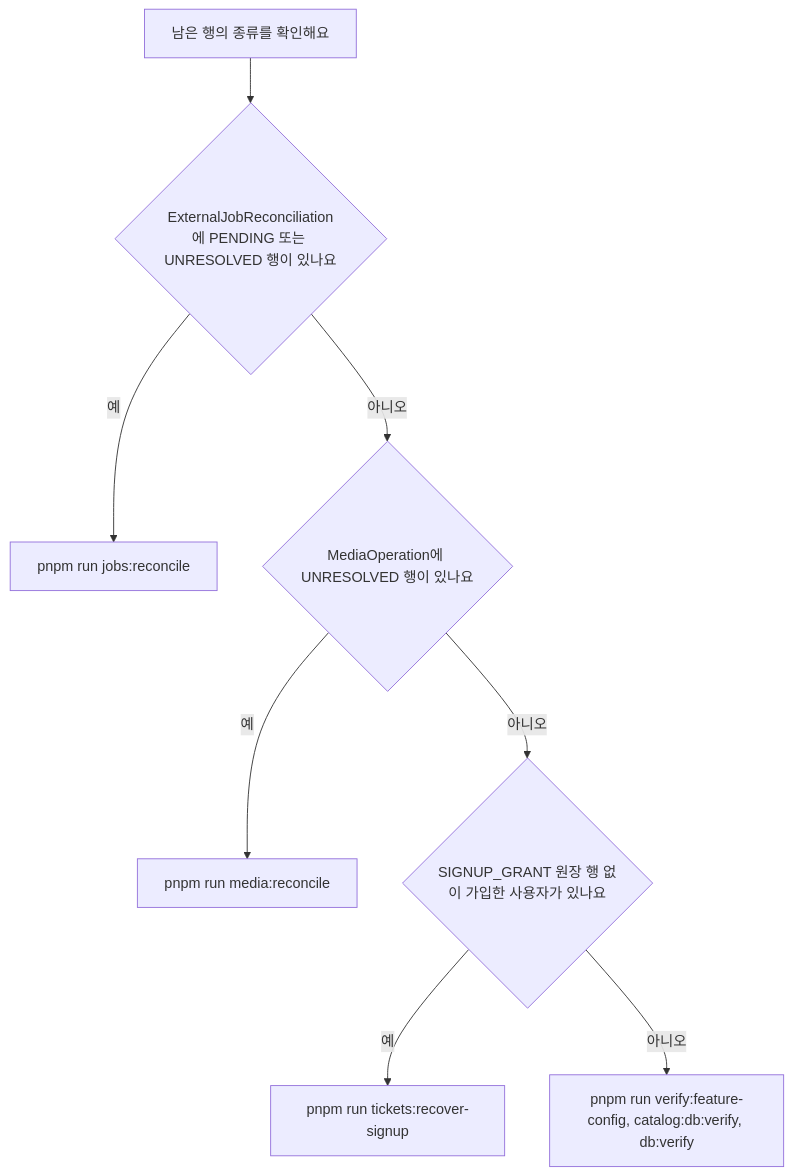
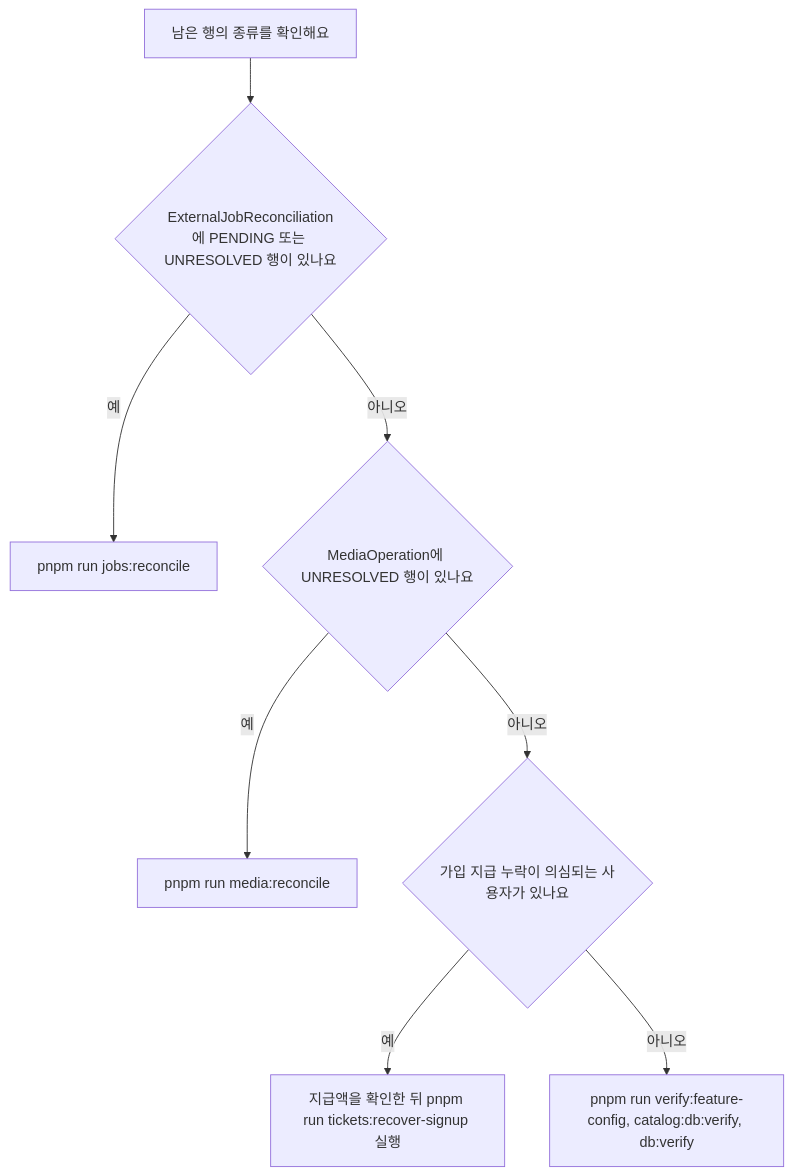
The diagram in openwiki/operations/recovery-runbook.md (leey00nsu/copy-singer), drawn with Mermaid before and after one commit. The commit also changed other lines of this file and 13 other files, not shown here.

````diff
--- a/openwiki/operations/recovery-runbook.md
+++ b/openwiki/operations/recovery-runbook.md
@@ -58,10 +58,10 @@
 ```mermaid
 flowchart TD
   A["남은 행의 종류를 확인해요"] --> B{"ExternalJobReconciliation에 PENDING 또는 UNRESOLVED 행이 있나요"}
   B -->|"예"| C["pnpm run jobs:reconcile"]
   B -->|"아니오"| D{"MediaOperation에 UNRESOLVED 행이 있나요"}
   D -->|"예"| E["pnpm run media:reconcile"]
-  D -->|"아니오"| F{"SIGNUP_GRANT 원장 행 없이 가입한 사용자가 있나요"}
-  F -->|"예"| G["pnpm run tickets:recover-signup"]
+  D -->|"아니오"| F{"가입 지급 누락이 의심되는 사용자가 있나요"}
+  F -->|"예"| G["지급액을 확인한 뒤 pnpm run tickets:recover-signup 실행"]
   F -->|"아니오"| H["pnpm run verify:feature-config, catalog:db:verify, db:verify"]
 ```
````
